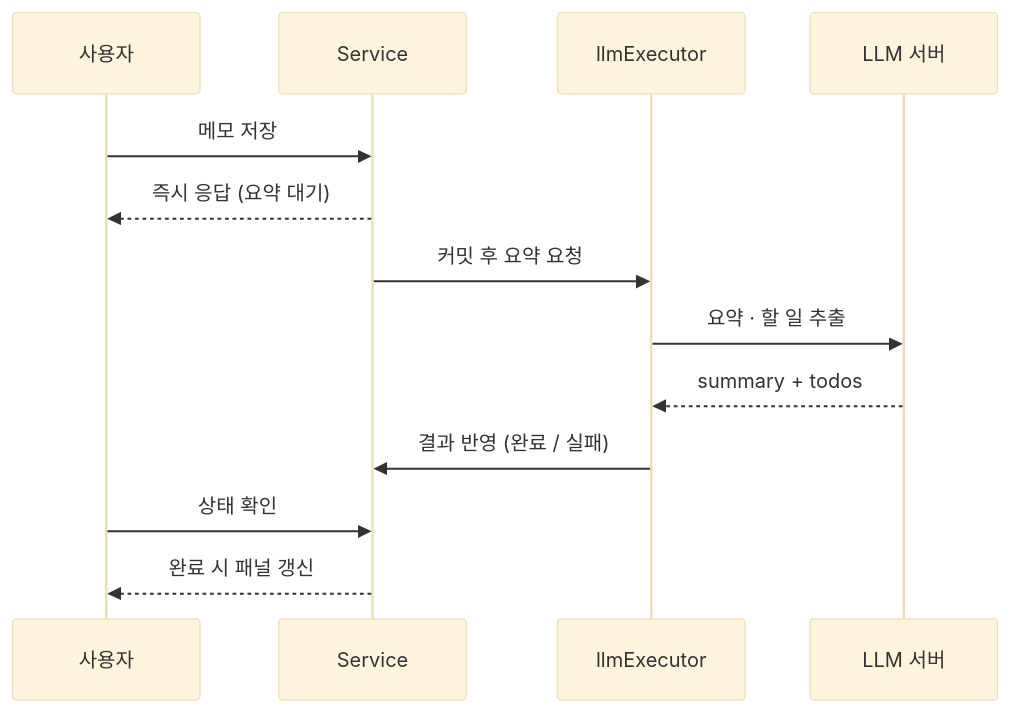
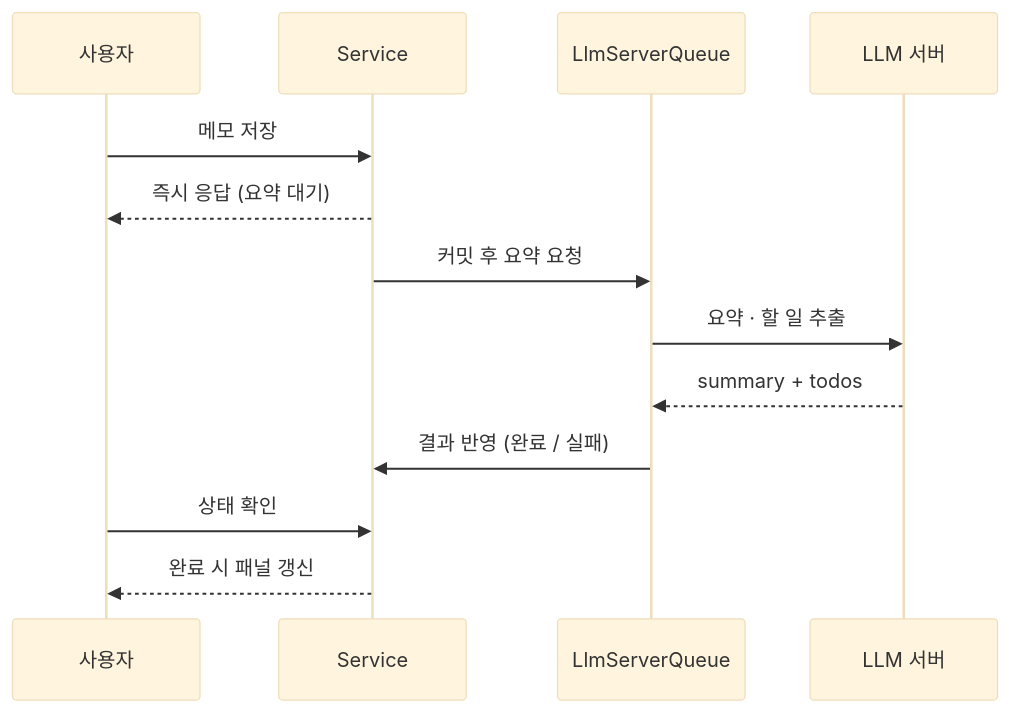
The third of 4 diagrams in README.md (Hasegos/coding-test-project), drawn with Mermaid (base theme) before and after one commit. The commit also changed other lines of this file, not shown here.

````diff
--- a/README.md
+++ b/README.md
@@ -200,15 +203,15 @@
 ```mermaid
 sequenceDiagram
     participant U as 사용자
     participant S as Service
-    participant E as llmExecutor
+    participant E as LlmServerQueue
     participant M as LLM 서버
     U->>S: 메모 저장
     S-->>U: 즉시 응답 (요약 대기)
     S->>E: 커밋 후 요약 요청
     E->>M: 요약 · 할 일 추출
     M-->>E: summary + todos
     E->>S: 결과 반영 (완료 / 실패)
     U->>S: 상태 확인
     S-->>U: 완료 시 패널 갱신
 ```
````
